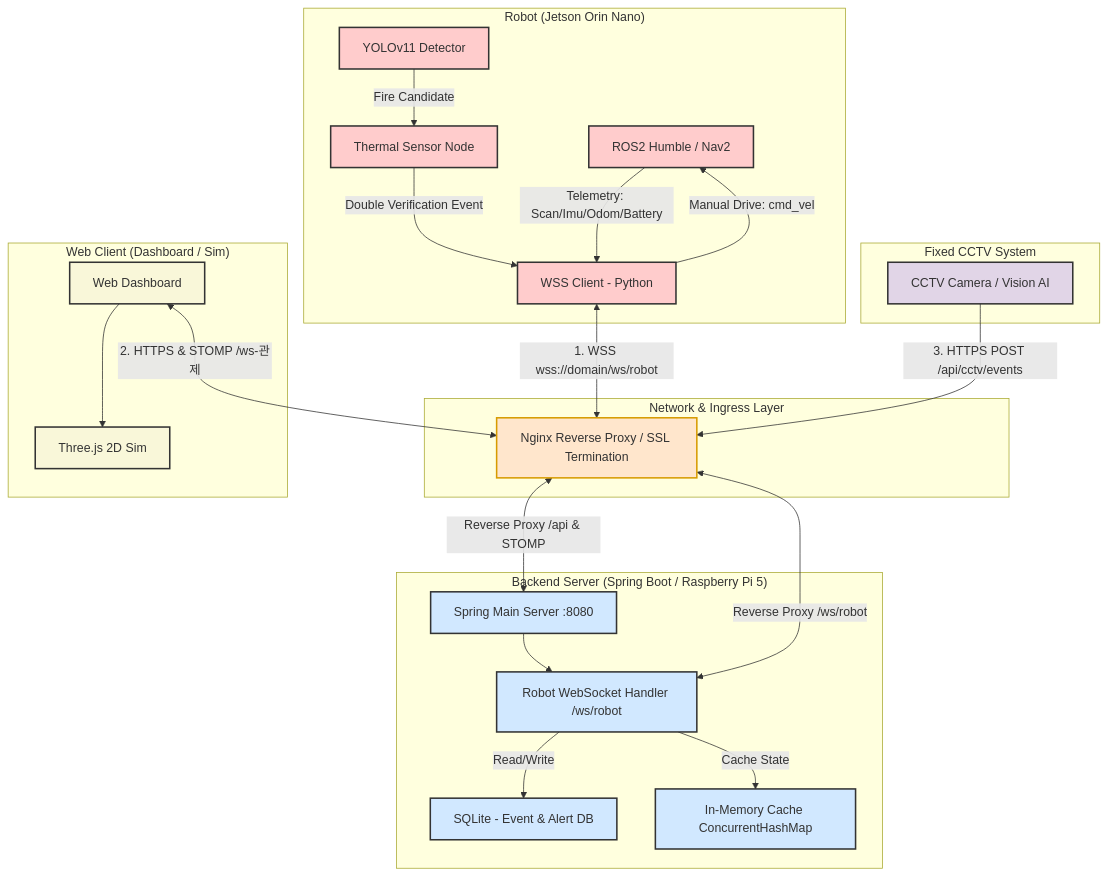
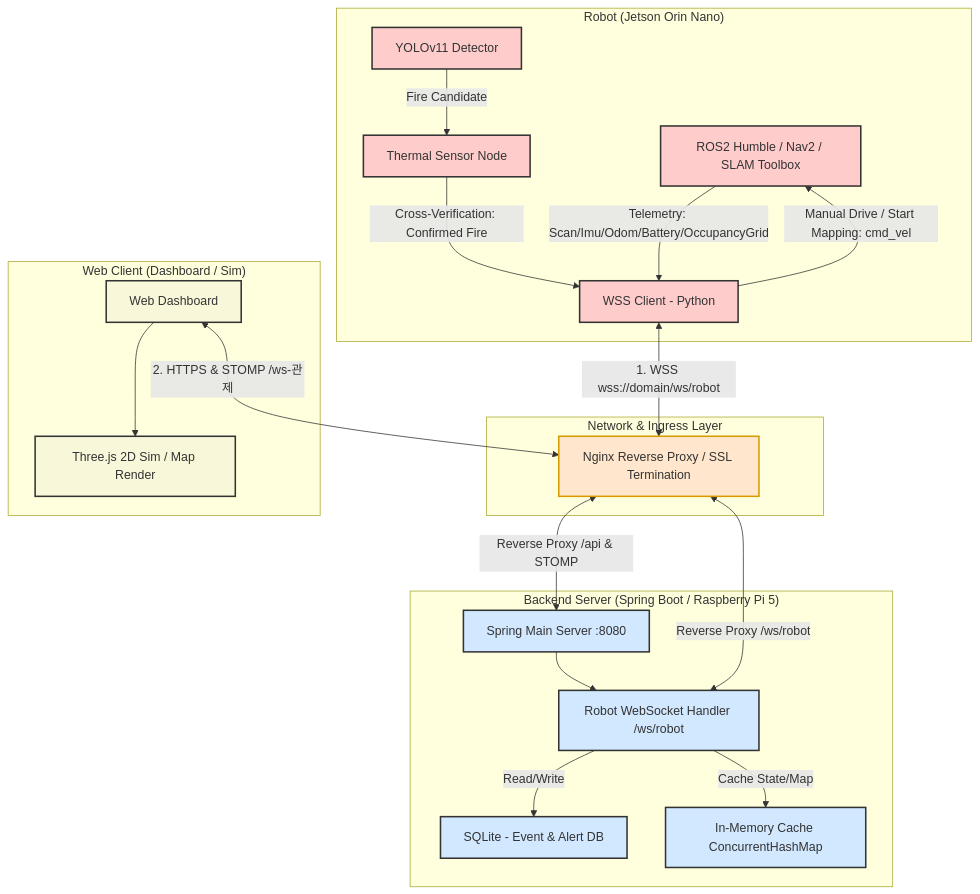
One commit to jinsung-mo/-BBIYONG-autonomous_driving_factory_patrol_robot changed the first of 3 diagrams in docs/architecture_and_api_spec.md. Above: the diagram before and after it, drawn with Mermaid. The commit also changed other lines of this file and 1 other file, not shown here.

First line of the commit message:
[S15P11E101-339] docs: [System] CCTV 제거 및 로봇 자율 화재탐지·온디맨드 2D 매핑 아키텍처 재설계 반영

````diff
--- a/docs/architecture_and_api_spec.md
+++ b/docs/architecture_and_api_spec.md
@@ -13,60 +13,53 @@
 ```mermaid
 flowchart TD
     subgraph "Robot (Jetson Orin Nano)"
-        ROS2[ROS2 Humble / Nav2]
+        ROS2[ROS2 Humble / Nav2 / SLAM Toolbox]
         YOLO[YOLOv11 Detector]
         ThermalNode[Thermal Sensor Node]
         WssClient[WSS Client - Python]
         
         YOLO -->|Fire Candidate| ThermalNode
-        ThermalNode -->|Double Verification Event| WssClient
-        ROS2 -->|Telemetry: Scan/Imu/Odom/Battery| WssClient
-        WssClient -->|Manual Drive: cmd_vel| ROS2
-    end
-
-    subgraph "Fixed CCTV System"
-        CCTV[CCTV Camera / Vision AI]
+        ThermalNode -->|Cross-Verification: Confirmed Fire| WssClient
+        ROS2 -->|Telemetry: Scan/Imu/Odom/Battery/OccupancyGrid| WssClient
+        WssClient -->|Manual Drive / Start Mapping: cmd_vel| ROS2
     end
 
     subgraph "Network & Ingress Layer"
         Nginx[Nginx Reverse Proxy / SSL Termination]
     end
 
     subgraph "Backend Server (Spring Boot / Raspberry Pi 5)"
         Spring[Spring Main Server :8080]
         WssEndpoint[Robot WebSocket Handler /ws/robot]
         SQLite[SQLite - Event & Alert DB]
         InMemory[In-Memory Cache ConcurrentHashMap]
         
         WssEndpoint -->|Read/Write| SQLite
-        WssEndpoint -->|Cache State| InMemory
+        WssEndpoint -->|Cache State/Map| InMemory
         Spring --> WssEndpoint
     end
 
     subgraph "Web Client (Dashboard / Sim)"
         WebClient[Web Dashboard]
-        ThreeJS[Three.js 2D Sim]
+        ThreeJS[Three.js 2D Sim / Map Render]
         
         WebClient --> ThreeJS
     end
 
     %% Flow Connections via Nginx Ingress
     WssClient <-->|1. WSS wss://domain/ws/robot| Nginx
     WebClient <-->|2. HTTPS & STOMP /ws-관제| Nginx
-    CCTV -->|3. HTTPS POST /api/cctv/events| Nginx
     
     Nginx <-->|Reverse Proxy /ws/robot| WssEndpoint
     Nginx <-->|Reverse Proxy /api & STOMP| Spring
 
     classDef robot fill:#ffcccc,stroke:#333,stroke-width:2px,color:#333
     classDef backend fill:#d1e8ff,stroke:#333,stroke-width:2px,color:#333
     classDef web fill:#f9f7d9,stroke:#333,stroke-width:2px,color:#333
-    classDef cctv fill:#e1d5e7,stroke:#333,stroke-width:2px,color:#333
     classDef ingress fill:#ffe6cc,stroke:#d79b00,stroke-width:2px,color:#333
 
     class ROS2,YOLO,ThermalNode,WssClient robot
     class Spring,WssEndpoint,SQLite,InMemory backend
     class WebClient,ThreeJS web
-    class CCTV cctv
     class Nginx ingress
 ```
````
